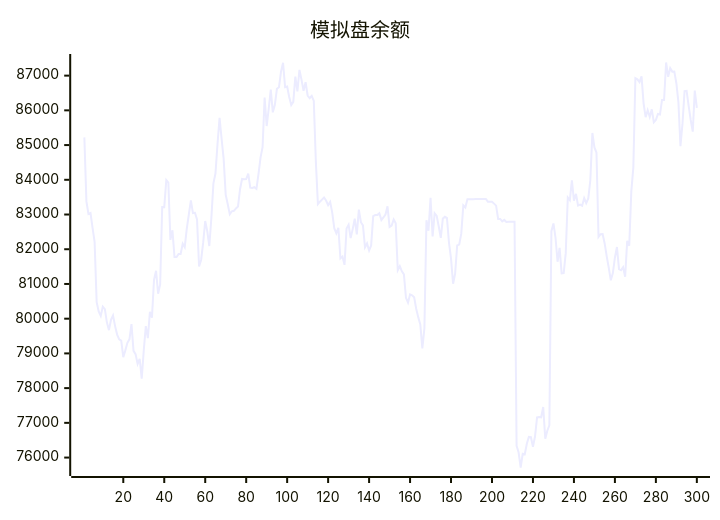
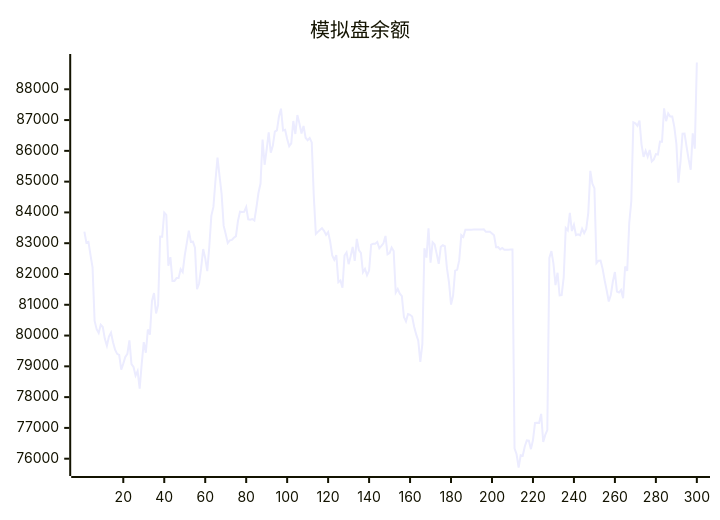
Before and after one commit to aahl/ai-trading: the diagram in README.md, drawn with Mermaid. The commit also changed other lines of this file and 1 other file, not shown here.

````diff
--- a/README.md
+++ b/README.md
@@ -5,5 +5,5 @@
 ```mermaid
 xychart
     title "模拟盘余额"
-    line [85221,83378,83014,83043,82613,82216,80477,80208,80081,80348,80277,79894,79670,79965,80093,79786,79542,79406,79371,78893,79087,79304,79406,79841,79072,78978,78696,78846,78272,79085,79787,79442,80198,80031,81120,81379,80718,80985,83214,83212,83993,83921,82270,82547,81776,81776,81866,81866,82158,82061,82596,83000,83408,83041,83050,82858,81503,81691,82188,82812,82517,82092,82901,83898,84180,85030,85781,85178,84604,83569,83298,83008,83093,83107,83175,83228,83729,84025,84017,84019,84177,83775,83762,83785,83738,84160,84639,84939,86370,85548,86046,86599,85942,86161,86622,86664,87115,87369,86666,86685,86384,86152,86243,86969,86548,87164,86885,86566,86809,86427,86348,86417,86273,84538,83299,83369,83430,83490,83404,83270,83362,83056,82605,82459,82614,81734,81788,81551,82598,82702,82320,82580,82878,82426,83139,82778,82686,82056,82166,81963,82110,82951,82983,82984,83038,82838,82915,82998,83235,82642,82682,82858,82746,81396,81512,81362,81277,80600,80461,80699,80673,80616,80288,80038,79836,79142,79722,82837,82533,83480,82366,83032,82960,82654,82330,82883,82934,82901,82188,81728,81005,81298,82110,82135,82449,83264,83203,83440,83439,83440,83440,83446,83447,83448,83447,83448,83449,83369,83369,83369,83313,83256,82872,82873,82801,82844,82785,82791,82791,82793,82794,76339,76145,75714,76110,76096,76397,76594,76585,76310,76607,77160,77170,77160,77456,76541,76774,76927,82520,82744,82337,81639,82040,81307,81314,81887,83490,83414,83984,83396,83594,83261,83287,83253,83470,83327,83465,83987,85348,84930,84786,82355,82433,82438,82167,81795,81466,81105,81315,81756,82064,81426,81398,81481,81210,82242,82099,83658,84359,86925,86892,86814,86980,86203,85802,86003,85811,86028,85657,85721,85896,85880,86300,86299,87378,86965,87214,87115,87118,86780,86238,84966,85623,86555,86562,86129,85722,85387,86569,86070]
+    line [83378,83014,83043,82613,82216,80477,80208,80081,80348,80277,79894,79670,79965,80093,79786,79542,79406,79371,78893,79087,79304,79406,79841,79072,78978,78696,78846,78272,79085,79787,79442,80198,80031,81120,81379,80718,80985,83214,83212,83993,83921,82270,82547,81776,81776,81866,81866,82158,82061,82596,83000,83408,83041,83050,82858,81503,81691,82188,82812,82517,82092,82901,83898,84180,85030,85781,85178,84604,83569,83298,83008,83093,83107,83175,83228,83729,84025,84017,84019,84177,83775,83762,83785,83738,84160,84639,84939,86370,85548,86046,86599,85942,86161,86622,86664,87115,87369,86666,86685,86384,86152,86243,86969,86548,87164,86885,86566,86809,86427,86348,86417,86273,84538,83299,83369,83430,83490,83404,83270,83362,83056,82605,82459,82614,81734,81788,81551,82598,82702,82320,82580,82878,82426,83139,82778,82686,82056,82166,81963,82110,82951,82983,82984,83038,82838,82915,82998,83235,82642,82682,82858,82746,81396,81512,81362,81277,80600,80461,80699,80673,80616,80288,80038,79836,79142,79722,82837,82533,83480,82366,83032,82960,82654,82330,82883,82934,82901,82188,81728,81005,81298,82110,82135,82449,83264,83203,83440,83439,83440,83440,83446,83447,83448,83447,83448,83449,83369,83369,83369,83313,83256,82872,82873,82801,82844,82785,82791,82791,82793,82794,76339,76145,75714,76110,76096,76397,76594,76585,76310,76607,77160,77170,77160,77456,76541,76774,76927,82520,82744,82337,81639,82040,81307,81314,81887,83490,83414,83984,83396,83594,83261,83287,83253,83470,83327,83465,83987,85348,84930,84786,82355,82433,82438,82167,81795,81466,81105,81315,81756,82064,81426,81398,81481,81210,82242,82099,83658,84359,86925,86892,86814,86980,86203,85802,86003,85811,86028,85657,85721,85896,85880,86300,86299,87378,86965,87214,87115,87118,86780,86238,84966,85623,86555,86562,86129,85722,85387,86569,86070,88870]
 ```
````
